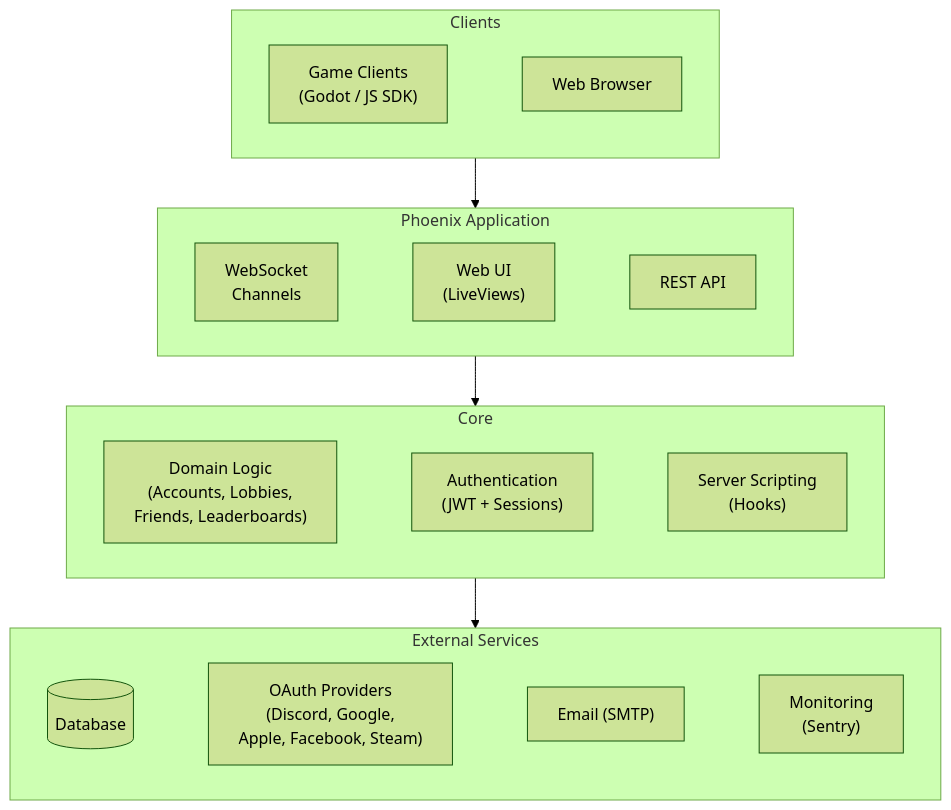
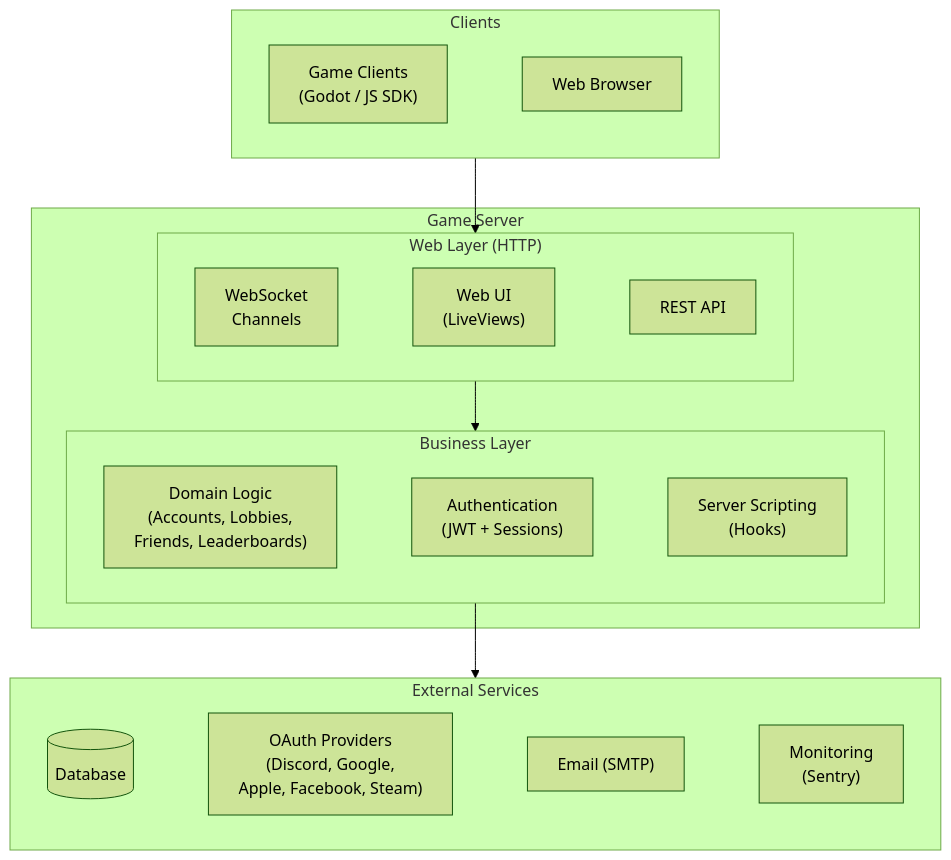
Before and after one commit to appsinacup/game_server: the first of 10 diagrams in ARCHITECTURE.md, drawn with Mermaid (forest theme). The commit also changed 1 other file, not shown here.

Commit message:
update arch diagram

````diff
--- a/ARCHITECTURE.md
+++ b/ARCHITECTURE.md
@@ -9,22 +9,25 @@
 ```mermaid
 flowchart TB
     subgraph Clients["Clients"]
         GameClients["Game Clients<br/>(Godot / JS SDK)"] ~~~ Browser["Web Browser"]
     end
 
-    subgraph Phoenix["Phoenix Application"]
+    subgraph GameServer["Game Server"]
+
+    subgraph Phoenix["Web Layer (HTTP)"]
         Realtime["WebSocket<br/>Channels"] ~~~ WebUI["Web UI<br/>(LiveViews)"] ~~~ API["REST API"]
     end
 
-    subgraph Core["Core"]
+    subgraph Core["Business Layer"]
         Domain["Domain Logic<br/>(Accounts, Lobbies,<br/>Friends, Leaderboards)"] ~~~ Auth["Authentication<br/>(JWT + Sessions)"] ~~~ Hooks["Server Scripting<br/>(Hooks)"]
+    end
     end
 
     subgraph External["External Services"]
         DB[(Database)] ~~~ OAuth["OAuth Providers<br/>(Discord, Google,<br/>Apple, Facebook, Steam)"] ~~~ Email["Email (SMTP)"] ~~~ Monitoring["Monitoring<br/>(Sentry)"]
     end
 
     Clients --> Phoenix
     Phoenix --> Core
     Core --> External
 ```
````
